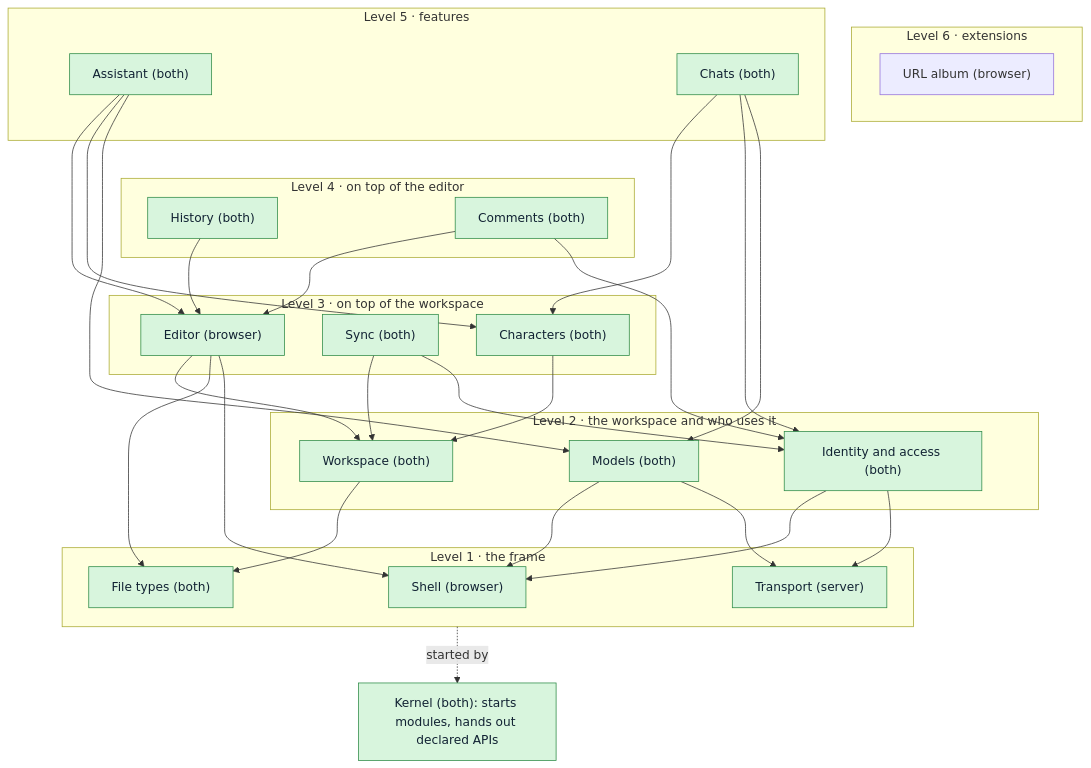
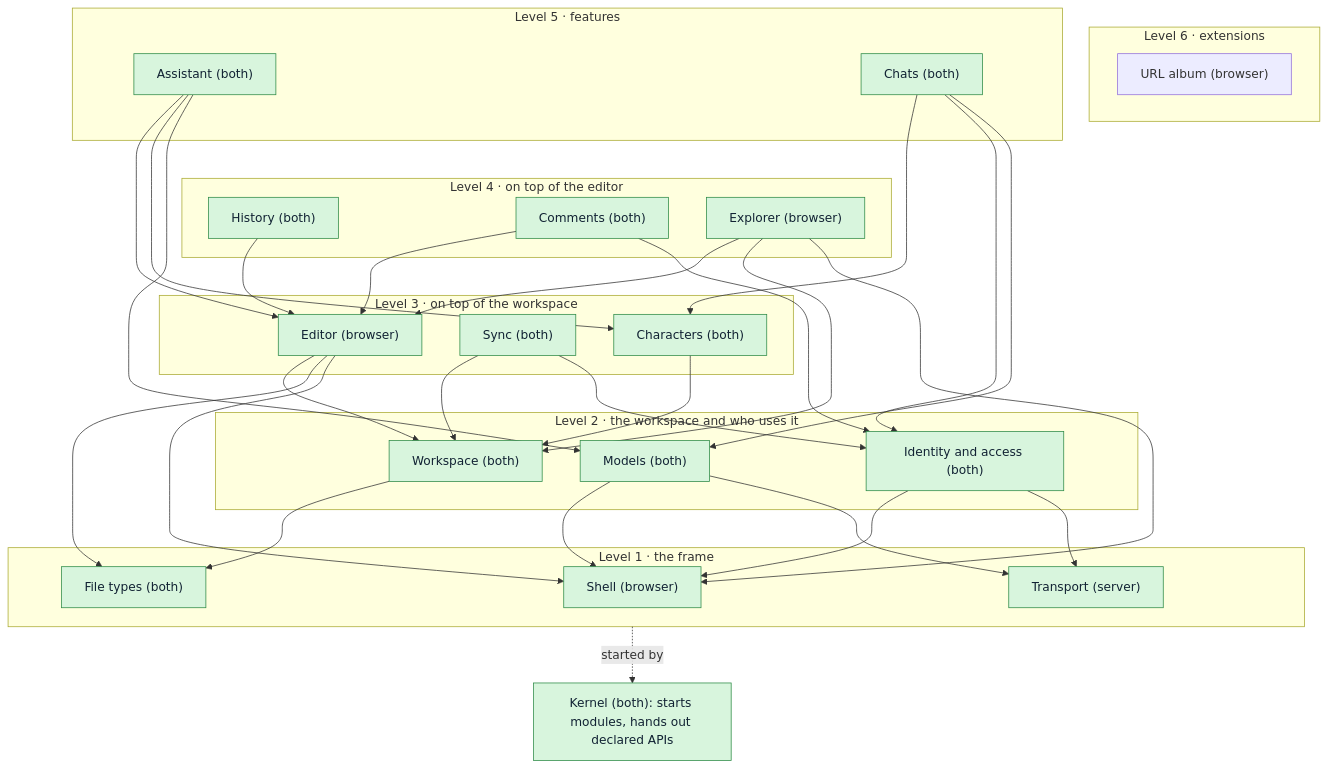
One commit to RustColeone/StiloMarker changed the first of 5 diagrams in docs/ARCHITECTURE.md. Above: the diagram before and after it, drawn with Mermaid. The commit also changed other lines of this file and 27 other files, not shown here.

````diff
--- a/docs/ARCHITECTURE.md
+++ b/docs/ARCHITECTURE.md
@@ -56,46 +56,48 @@
 ```mermaid
 flowchart TB
   subgraph L6["Level 6 · extensions"]
     UrlAlbum["URL album (browser)"]
   end
   subgraph L5["Level 5 · features"]
     Assistant["Assistant (both)"]
     Chats["Chats (both)"]
   end
   subgraph L4["Level 4 · on top of the editor"]
     History["History (both)"]
     Comments["Comments (both)"]
+    Explorer["Explorer (browser)"]
   end
   subgraph L3["Level 3 · on top of the workspace"]
     Editor["Editor (browser)"]
     Sync["Sync (both)"]
     Characters["Characters (both)"]
   end
   subgraph L2["Level 2 · the workspace and who uses it"]
     Workspace["Workspace (both)"]
     Identity["Identity and access (both)"]
     Models["Models (both)"]
   end
   subgraph L1["Level 1 · the frame"]
     Shell["Shell (browser)"]
     Transport["Transport (server)"]
     FileTypes["File types (both)"]
   end
   Kernel["Kernel (both): starts modules, hands out declared APIs"]
 
   Assistant --> Editor & Characters & Models
   Chats --> Characters & Identity & Models
   History --> Editor
   Comments --> Editor & Identity
+  Explorer --> Editor & Workspace & Shell
   Editor --> Workspace & FileTypes & Shell
   Characters --> Workspace
   Sync --> Workspace & Identity
   Workspace --> FileTypes
   Identity --> Shell & Transport
   Models --> Shell & Transport
   L1 -.started by.-> Kernel
   L5 ~~~ L4 ~~~ L3 ~~~ L2 ~~~ L1
 
   classDef built fill:#d8f5dd,stroke:#2e8b47,color:#123;
-  class Shell,Transport,FileTypes,Workspace,Identity,Models,Sync,Editor,Characters,History,Comments,Assistant,Chats,Kernel built;
+  class Shell,Transport,FileTypes,Workspace,Identity,Models,Sync,Editor,Characters,History,Comments,Explorer,Assistant,Chats,Kernel built;
 ```
````
